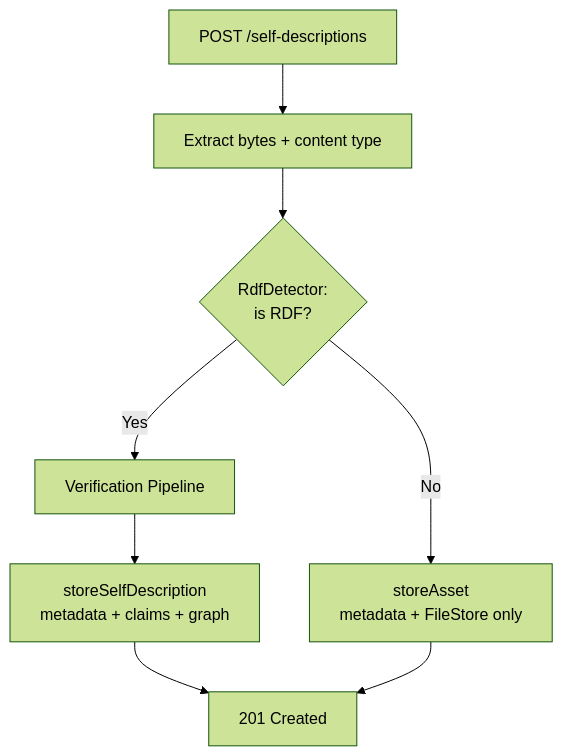
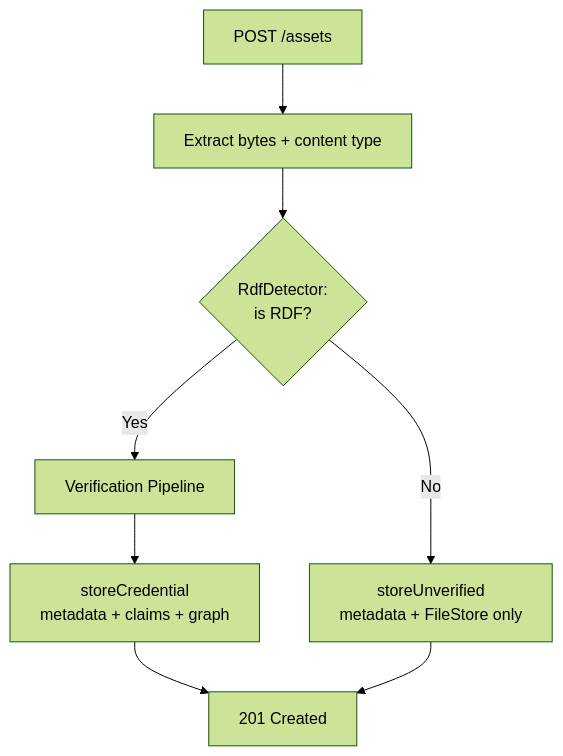
One commit to federated-catalogue-enhancements-2026/docs changed the tenth of 10 diagrams in federated-catalogue/src/docs/architecture/chapters/05_building_block_view.adoc. Above: the diagram before and after it, drawn with Mermaid (forest theme). The commit also changed other lines of this file and 11 other files, not shown here.

```diff
--- a/federated-catalogue/src/docs/architecture/chapters/05_building_block_view.adoc
+++ b/federated-catalogue/src/docs/architecture/chapters/05_building_block_view.adoc
@@ -1079,11 +1090,11 @@
 [mermaid, width=2000]
 ....
 flowchart TD
-    Upload[POST /self-descriptions] --> Extract[Extract bytes + content type]
+    Upload[POST /assets] --> Extract[Extract bytes + content type]
     Extract --> Detect{RdfDetector:\nis RDF?}
     Detect -->|Yes| Verify[Verification Pipeline]
-    Verify --> StoreCred[storeSelfDescription\nmetadata + claims + graph]
-    Detect -->|No| StoreAsset[storeAsset\nmetadata + FileStore only]
+    Verify --> StoreCred[storeCredential\nmetadata + claims + graph]
+    Detect -->|No| StoreAsset[storeUnverified\nmetadata + FileStore only]
     StoreCred --> Response[201 Created]
     StoreAsset --> Response
 ....
```
